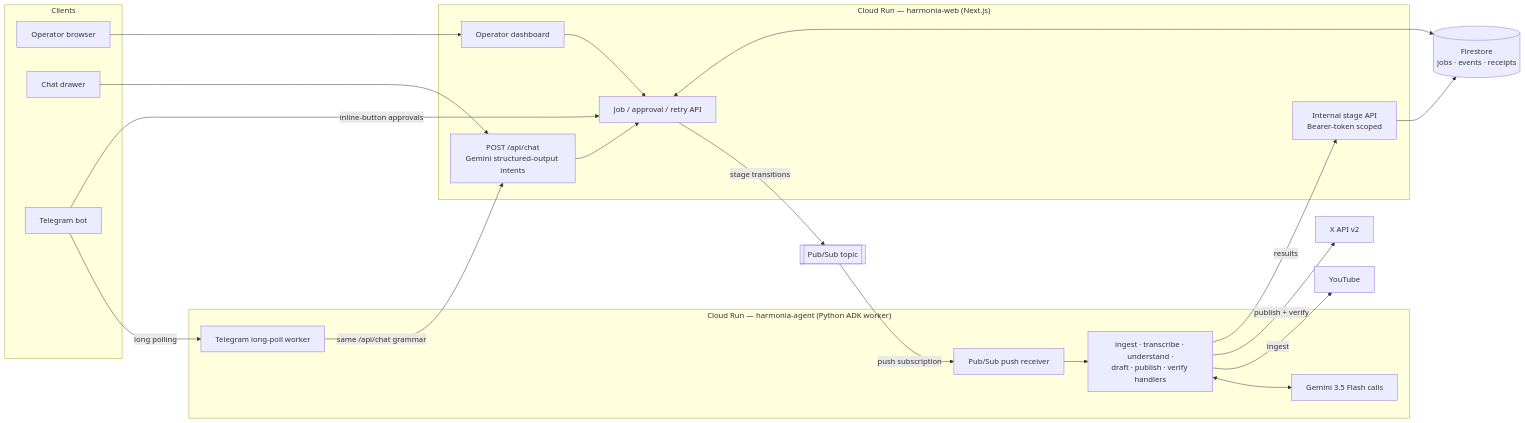
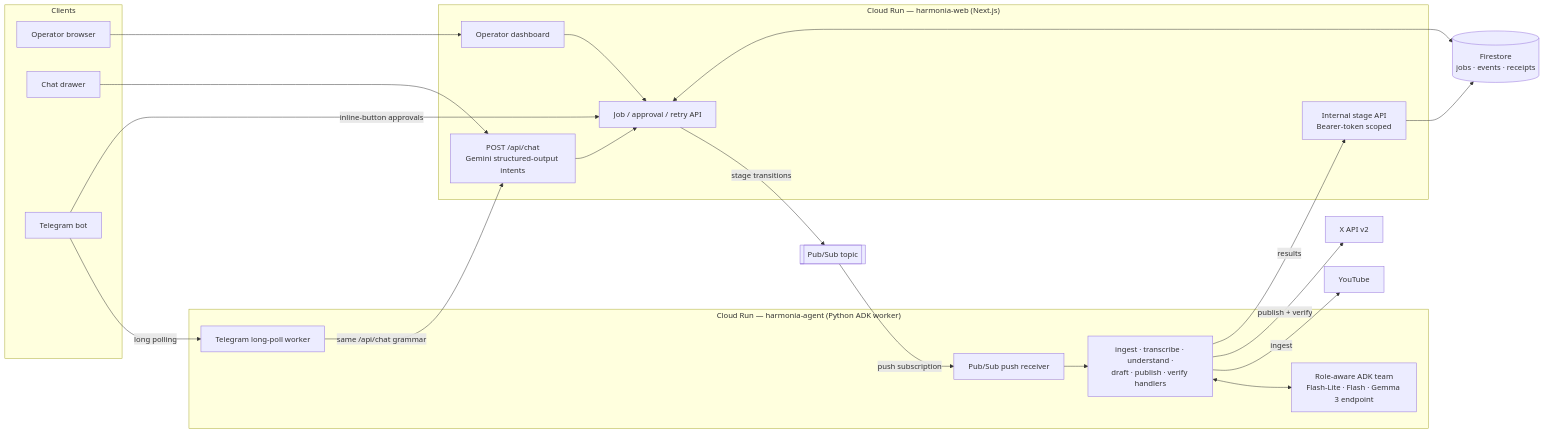
One commit to danielAsaboro/harmonia-agents-for-humans changed the diagram in README.md. Above: the diagram before and after it, drawn with Mermaid. The commit also changed other lines of this file and 5 other files, not shown here.

````diff
--- a/README.md
+++ b/README.md
@@ -25,39 +25,39 @@
 ```mermaid
 flowchart LR
     subgraph Clients
         U[Operator browser]
         C[Chat drawer]
         T[Telegram bot]
     end
 
     subgraph "Cloud Run — harmonia-web (Next.js)"
         UI[Operator dashboard]
         CHAT["POST /api/chat<br/>Gemini structured-output intents"]
         API[Job / approval / retry API]
         INT[Internal stage API<br/>Bearer-token scoped]
     end
 
     subgraph "Cloud Run — harmonia-agent (Python ADK worker)"
         PUSH["Pub/Sub push receiver"]
         TG["Telegram long-poll worker"]
         STAGES[ingest · transcribe · understand ·<br/>draft · publish · verify handlers]
-        GEMC[Gemini 3.5 Flash calls]
+        GEMC[Role-aware ADK team<br/>Flash-Lite · Flash · Gemma 3 endpoint]
     end
 
     PS[[Pub/Sub topic]]
     FS[(Firestore<br/>jobs · events · receipts)]
     YT[YouTube]
     X[X API v2]
 
     U --> UI --> API
     C --> CHAT --> API
     T -- long polling --> TG -- same /api/chat grammar --> CHAT
     T -- inline-button approvals --> API
     API -- stage transitions --> PS
     API <--> FS
     PS -- push subscription --> PUSH --> STAGES
     STAGES <--> GEMC
     STAGES -- ingest --> YT
     STAGES -- publish + verify --> X
     STAGES -- results --> INT --> FS
 ```
````
